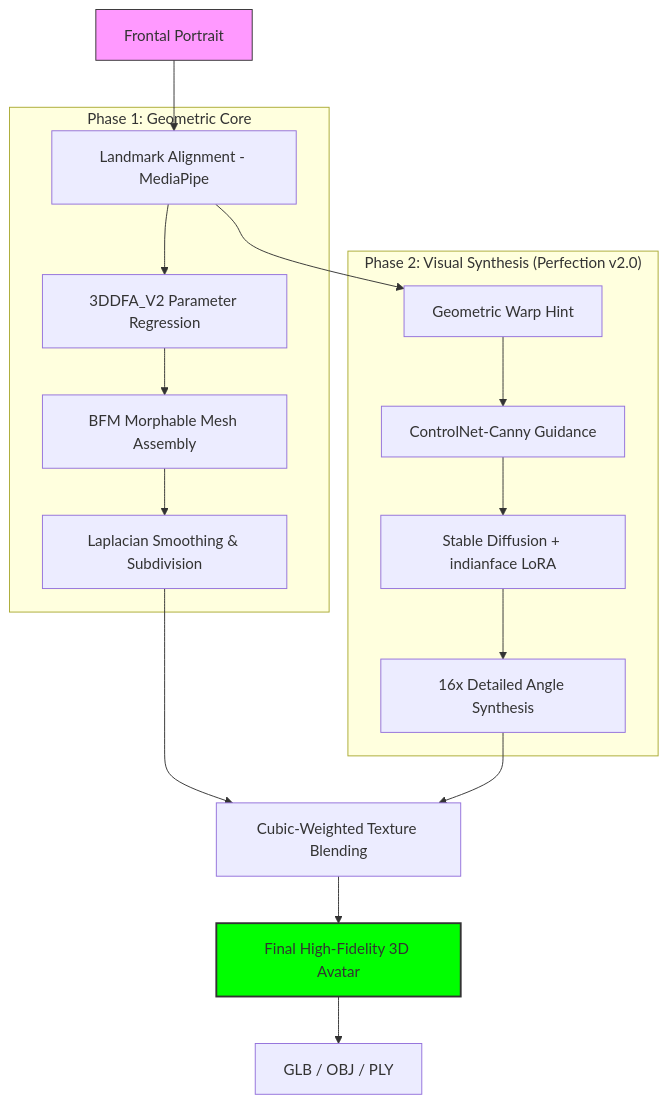
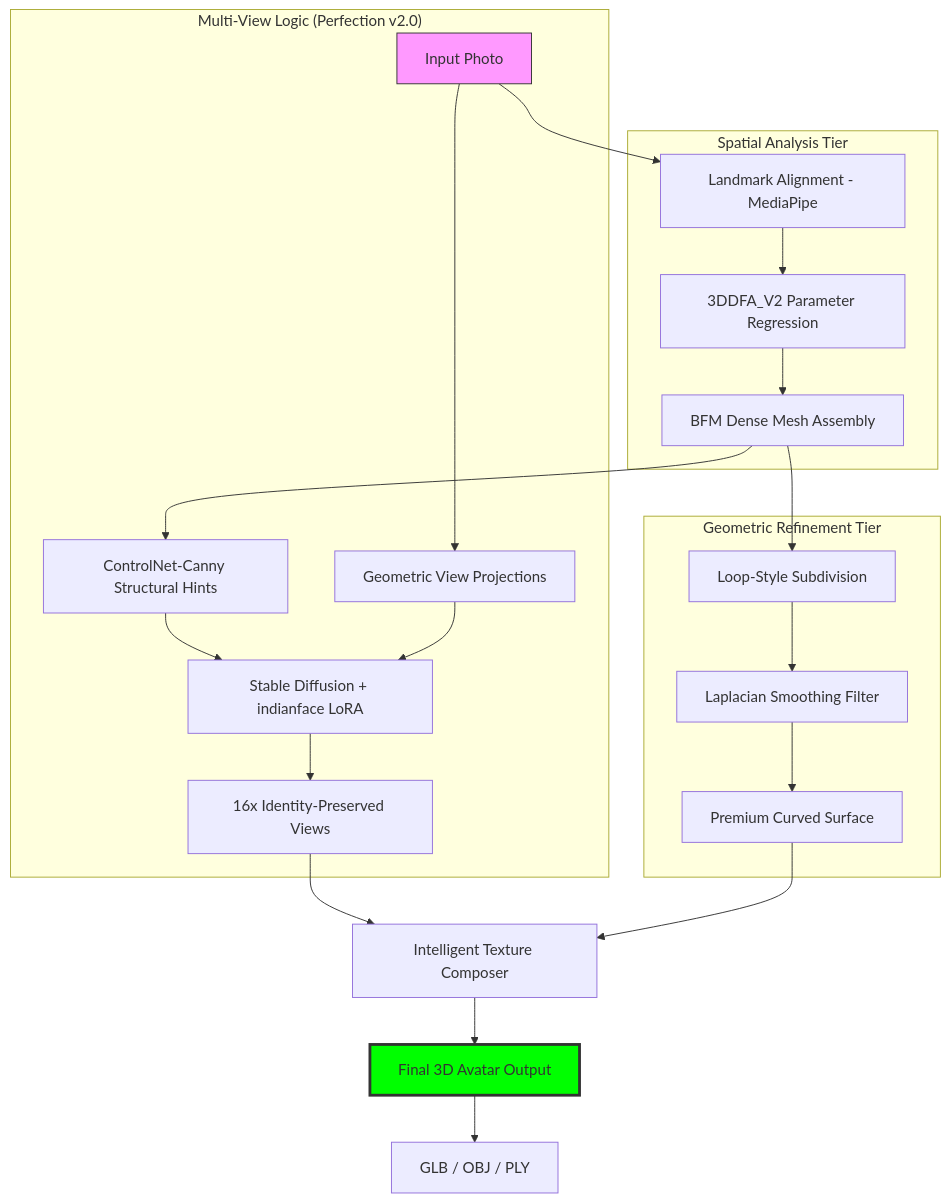
One commit to Dhruvil1308/Single-Image-to-Stylized-3D changed the first of 2 diagrams in README.md. Above: the diagram before and after it, drawn with Mermaid. The commit also changed other lines of this file, not shown here.

````diff
--- a/README.md
+++ b/README.md
@@ -23,29 +29,35 @@
 ```mermaid
 graph TD
     %% Input Layer
-    INPUT[Frontal Portrait] --> ALIGN[Landmark Alignment - MediaPipe]
+    INPUT[Input Photo] --> ALIGN[Landmark Alignment - MediaPipe]
+
+    subgraph "Spatial Analysis Tier"
+        ALIGN --> REG[3DDFA_V2 Parameter Regression]
+        REG --> BFM_GEN[BFM Dense Mesh Assembly]
+    end
+
+    subgraph "Multi-View Logic (Perfection v2.0)"
+        BFM_GEN --> CN_GUARDS[ControlNet-Canny Structural Hints]
+        INPUT --> G_WARP[Geometric View Projections]
+        CN_GUARDS --> SD_GEN[Stable Diffusion + indianface LoRA]
+        G_WARP --> SD_GEN
+        SD_GEN --> VIEWS["16x Identity-Preserved Views"]
+    end
+
+    subgraph "Geometric Refinement Tier"
+        BFM_GEN --> SUBDIV[Loop-Style Subdivision]
+        SUBDIV --> LAPLAC[Laplacian Smoothing Filter]
+        LAPLAC --> SMOOTH_MESH[Premium Curved Surface]
+    end
+
+    %% Fusion Layer
+    VIEWS --> TEX[Intelligent Texture Composer]
+    SMOOTH_MESH --> TEX
     
-    subgraph "Phase 1: Geometric Core"
-    ALIGN --> REG[3DDFA_V2 Parameter Regression]
-    REG --> MESH[BFM Morphable Mesh Assembly]
-    MESH --> SMOOTH[Laplacian Smoothing & Subdivision]
-    end
-    
-    subgraph "Phase 2: Visual Synthesis (Perfection v2.0)"
-    ALIGN --> HINT[Geometric Warp Hint]
-    HINT --> CN[ControlNet-Canny Guidance]
-    CN --> DIFF[Stable Diffusion + indianface LoRA]
-    DIFF --> VIEWS["16x Detailed Angle Synthesis"]
-    end
-    
-    %% Blending Layer
-    SMOOTH --> TEX[Cubic-Weighted Texture Blending]
-    VIEWS --> TEX
-    
-    %% Output
-    TEX --> FINAL[Final High-Fidelity 3D Avatar]
-    FINAL --> OUT[GLB / OBJ / PLY]
+    %% Final
+    TEX --> FINAL[Final 3D Avatar Output]
+    FINAL --> EXPORT[GLB / OBJ / PLY]
 
     style INPUT fill:#f9f,stroke:#333
-    style FINAL fill:#00ff00,stroke:#333,stroke-width:2px
+    style FINAL fill:#00ff00,stroke:#333,stroke-width:3px
 ```
````
